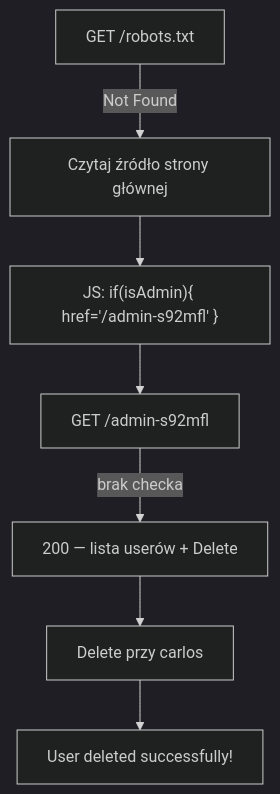
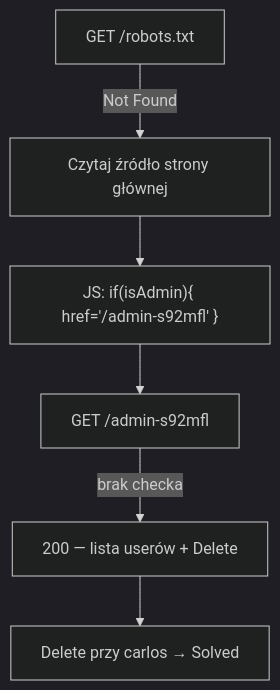
Before and after one commit to DrCondor/portswigger-labs: the diagram in access-control/02-unprotected-admin-unpredictable-url.md, drawn with Mermaid (dark theme). The commit also changed other lines of this file and 26 other files, not shown here.

````diff
--- a/access-control/02-unprotected-admin-unpredictable-url.md
+++ b/access-control/02-unprotected-admin-unpredictable-url.md
@@ -59,9 +41,8 @@
 ```mermaid
 flowchart TD
     A[GET /robots.txt] -->|"Not Found"| B[Czytaj źródło strony głównej]
     B --> C["JS: if(isAdmin){ href='/admin-s92mfl' }"]
     C --> D[GET /admin-s92mfl]
     D -->|brak checka| E[200 — lista userów + Delete]
-    E --> F[Delete przy carlos]
-    F --> G[User deleted successfully!]
+    E --> F[Delete przy carlos → Solved]
 ```
````
